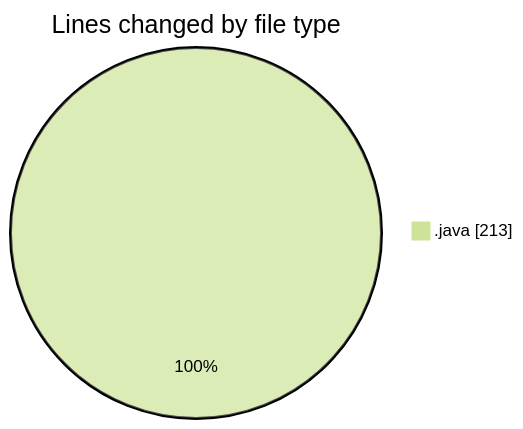
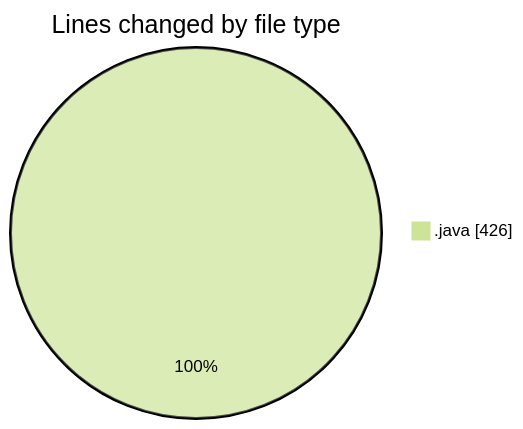
Before and after one commit to ricardozamudiocil/code-tracking: the first of 2 diagrams in 2026-05-12/cilapp/README.md, drawn with Mermaid (forest theme). The commit also changed other lines of this file and 1 other file, not shown here.

````diff
--- a/2026-05-12/cilapp/README.md
+++ b/2026-05-12/cilapp/README.md
@@ -23,5 +23,5 @@
 ```mermaid
 pie showData
 title Lines changed by file type
-".java" : 213
+".java" : 426
 ```
````
